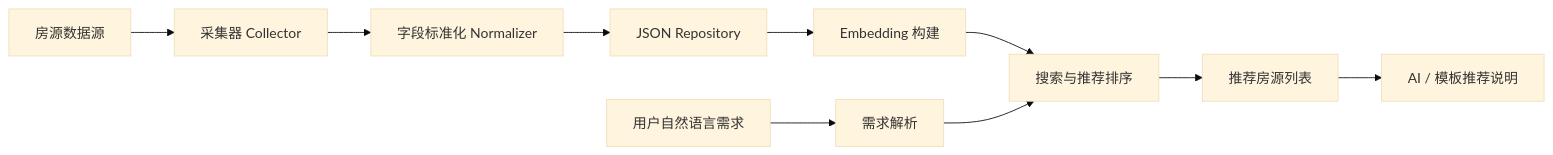
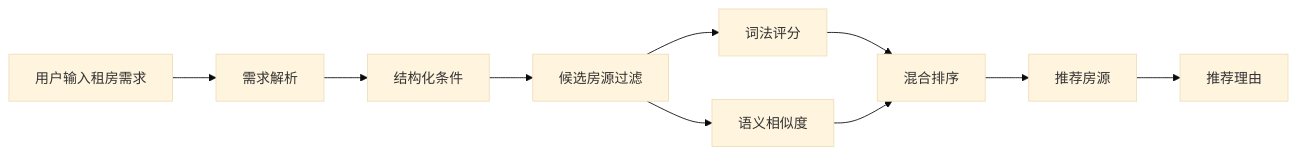
One commit to zzz34243/rental-mini-program changed the first of 2 diagrams in README.md. Above: the diagram before and after it, drawn with Mermaid (base theme). The commit also changed other lines of this file, not shown here.

````diff
--- a/README.md
+++ b/README.md
@@ -43,12 +91,12 @@
 ```mermaid
 flowchart LR
-    A["房源数据源"] --> B["采集器 Collector"]
-    B --> C["字段标准化 Normalizer"]
-    C --> D["JSON Repository"]
-    D --> E["Embedding 构建"]
-    E --> F["搜索与推荐排序"]
-    G["用户自然语言需求"] --> H["需求解析"]
-    H --> F
-    F --> I["推荐房源列表"]
-    I --> J["AI / 模板推荐说明"]
+    A["用户输入租房需求"] --> B["需求解析"]
+    B --> C["结构化条件"]
+    C --> D["候选房源过滤"]
+    D --> E["词法评分"]
+    D --> F["语义相似度"]
+    E --> G["混合排序"]
+    F --> G
+    G --> H["推荐房源"]
+    H --> I["推荐理由"]
 ```
````
